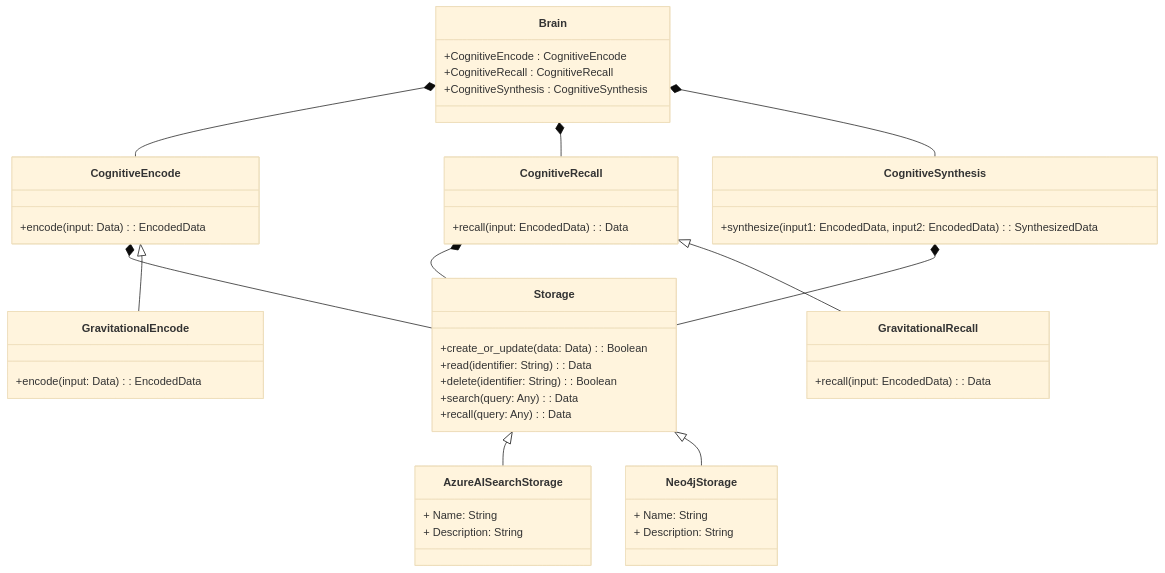
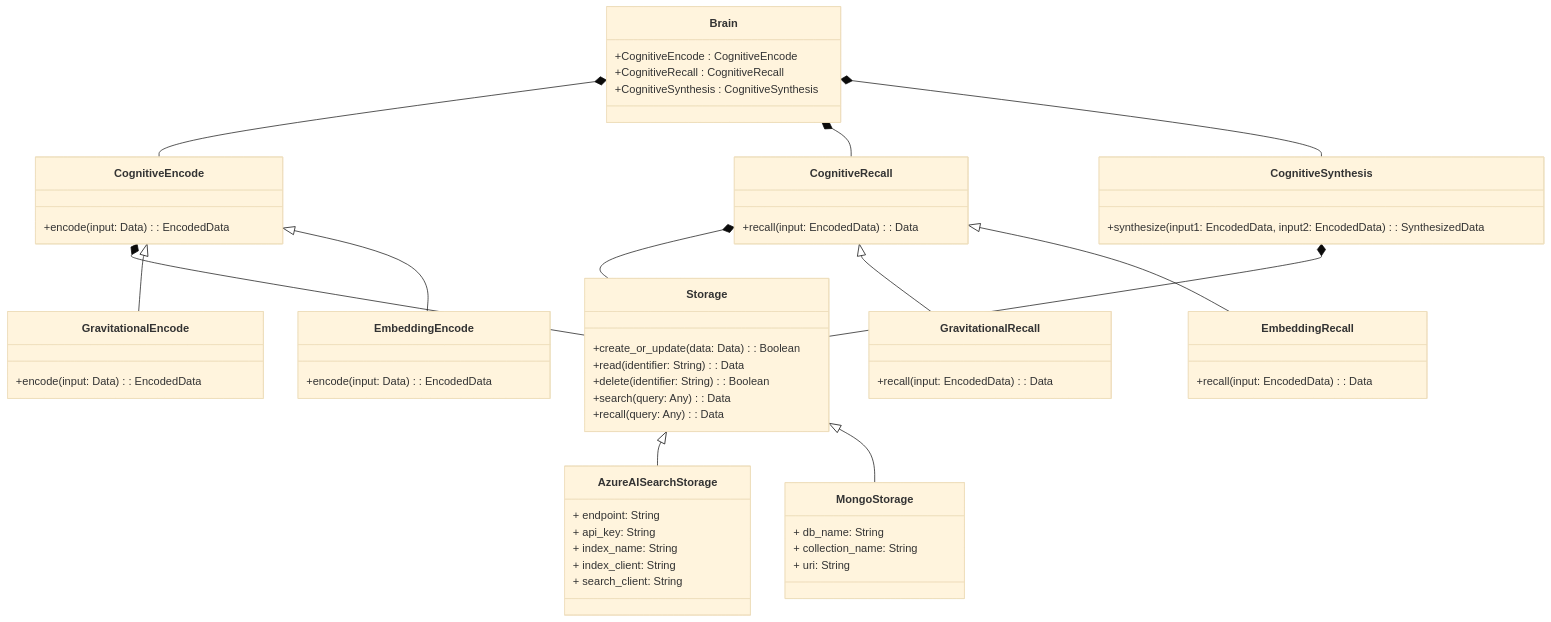
One commit to Recall-Space/cognitive-space changed the diagram in README.md. Above: the diagram before and after it, drawn with Mermaid (base theme).

````diff
--- a/README.md
+++ b/README.md
@@ -24,61 +24,75 @@
 ```mermaid
 classDiagram
     class Brain {
         +CognitiveEncode : CognitiveEncode
         +CognitiveRecall : CognitiveRecall
         +CognitiveSynthesis : CognitiveSynthesis
     }
 
     class CognitiveEncode {
         +encode(input: Data) : EncodedData
     }
 
     class CognitiveRecall {
         +recall(input: EncodedData) : Data
     }
 
     class CognitiveSynthesis {
         +synthesize(input1: EncodedData, input2: EncodedData) : SynthesizedData
     }
 
     class Storage {
         +create_or_update(data: Data) : Boolean
         +read(identifier: String) : Data
         +delete(identifier: String) : Boolean
         +search(query: Any) : Data
         +recall(query: Any) : Data
     }
 
     class AzureAISearchStorage{
-        + Name: String
-        + Description: String
+        + endpoint: String
+        + api_key: String
+        + index_name: String
+        + index_client: String
+        + search_client: String
     }
 
-    class Neo4jStorage{
-        + Name: String
-        + Description: String
+    class MongoStorage{
+        + db_name: String
+        + collection_name: String
+        + uri: String
     }
 
 
     class GravitationalEncode {
         +encode(input: Data) : EncodedData
     }
 
     class GravitationalRecall {
+        +recall(input: EncodedData) : Data
+    }
+
+    class EmbeddingEncode {
+        +encode(input: Data) : EncodedData
+    }
+
+    class EmbeddingRecall {
         +recall(input: EncodedData) : Data
     }
 
     Brain *-- CognitiveEncode
     Brain *-- CognitiveRecall
     Brain *-- CognitiveSynthesis
 
     CognitiveEncode *-- Storage
     CognitiveRecall *-- Storage
     CognitiveSynthesis *-- Storage
 
     Storage <|-- AzureAISearchStorage
-    Storage <|-- Neo4jStorage
+    Storage <|-- MongoStorage
 
     CognitiveEncode <|-- GravitationalEncode
     CognitiveRecall <|-- GravitationalRecall
+    CognitiveEncode <|-- EmbeddingEncode
+    CognitiveRecall <|-- EmbeddingRecall
 ```
````
